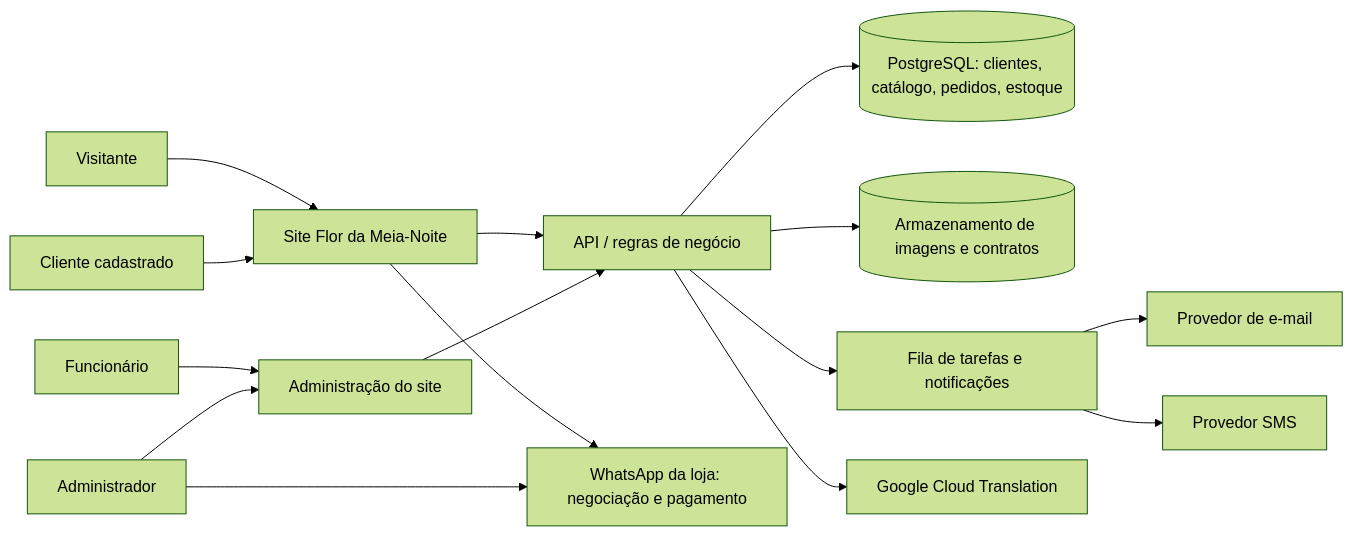
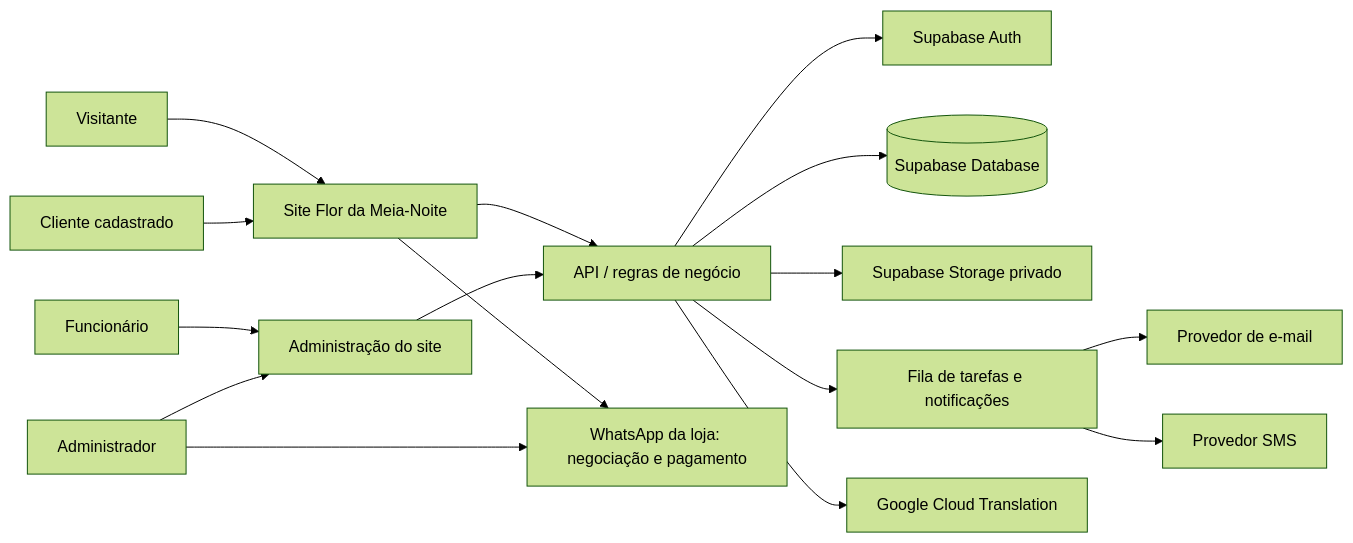
The diagram in docs/diagrams/context.mmd (marianafloriano1/FlorDaMeiaNoite), drawn with Mermaid (forest theme) before and after one commit. The commit also changed 345 other files, not shown here.

```diff
--- a/docs/diagrams/context.mmd
+++ b/docs/diagrams/context.mmd
@@ -1,15 +1,16 @@
 flowchart LR
-  Visitante[Visitante] --> Web[Site Flor da Meia-Noite]
-  Cliente[Cliente cadastrado] --> Web
-  Func[Funcionário] --> Admin[Administração do site]
-  Adm[Administrador] --> Admin
+  Visitor[Visitante] --> Web[Site Flor da Meia-Noite]
+  Customer[Cliente cadastrado] --> Web
+  Employee[Funcionário] --> Admin[Administração do site]
+  Owner[Administrador] --> Admin
   Web --> API[API / regras de negócio]
   Admin --> API
-  API --> DB[(PostgreSQL: clientes, catálogo, pedidos, estoque)]
-  API --> Store[(Armazenamento de imagens e contratos)]
+  API --> Auth[Supabase Auth]
+  API --> DB[(Supabase Database)]
+  API --> Storage[Supabase Storage privado]
   API --> Queue[Fila de tarefas e notificações]
   Queue --> Email[Provedor de e-mail]
   Queue --> SMS[Provedor SMS]
   API --> Translate[Google Cloud Translation]
   Web --> Whats[WhatsApp da loja: negociação e pagamento]
-  Adm --> Whats
+  Owner --> Whats
```
